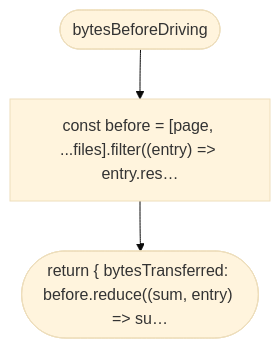
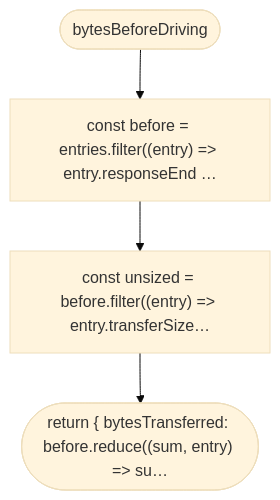
One commit to NewDara-Star/world-engine changed the first of 13 diagrams in docs/flows/src/measure/measure.md. Above: the diagram before and after it, drawn with Mermaid (base theme). The commit also changed other lines of this file and 7 other files, not shown here.

````diff
--- a/docs/flows/src/measure/measure.md
+++ b/docs/flows/src/measure/measure.md
@@ -7,8 +7,10 @@
 ```mermaid
 flowchart TD
   n1(["bytesBeforeDriving"])
-  n2["const before = [page, ...files].filter((entry) =#gt; entry.res…"]
-  n3(["return { bytesTransferred: before.reduce((sum, entry) =#gt; su…"])
+  n2["const before = entries.filter((entry) =#gt; entry.responseEnd …"]
+  n3["const unsized = before.filter((entry) =#gt; entry.transferSize…"]
+  n4(["return { bytesTransferred: before.reduce((sum, entry) =#gt; su…"])
   n1 --> n2
   n2 --> n3
+  n3 --> n4
 ```
````
